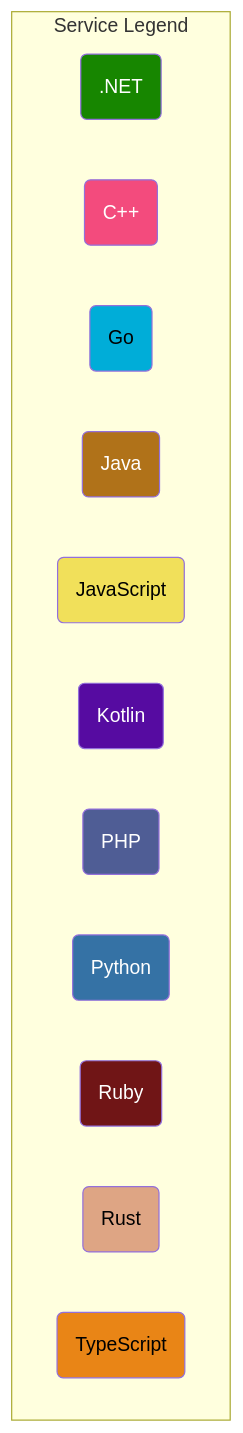
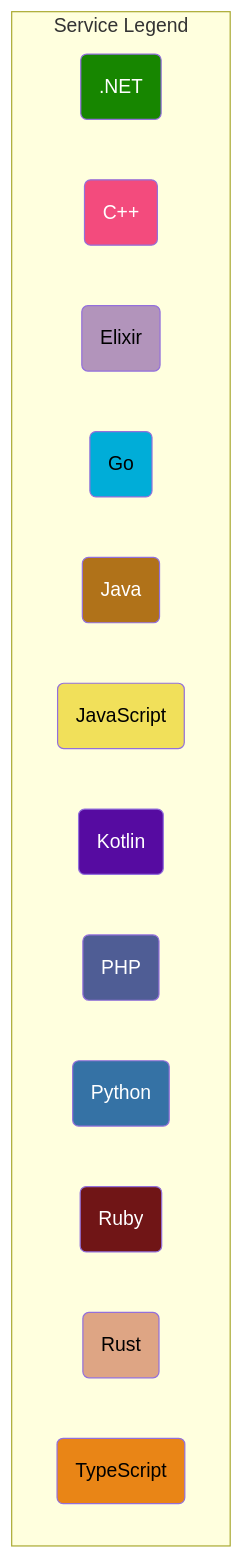
One commit to open-telemetry/opentelemetry.io changed the second of 3 diagrams in content/en/docs/demo/architecture.md. Above: the diagram before and after it, drawn with Mermaid. The commit also changed other lines of this file and 2 other files, not shown here.

Commit message:
docs: mention flagd-ui in architecture diagram, fix language

````diff
--- a/content/en/docs/demo/architecture.md
+++ b/content/en/docs/demo/architecture.md
@@ -94,28 +95,30 @@
 ```mermaid
 graph TD
 subgraph Service Legend
   dotnetsvc(.NET):::dotnet
   cppsvc(C++):::cpp
+  elixirsvc(Elixir):::elixir
   golangsvc(Go):::golang
   javasvc(Java):::java
   javascriptsvc(JavaScript):::javascript
   kotlinsvc(Kotlin):::kotlin
   phpsvc(PHP):::php
   pythonsvc(Python):::python
   rubysvc(Ruby):::ruby
   rustsvc(Rust):::rust
   typescriptsvc(TypeScript):::typescript
 end
 
 classDef dotnet fill:#178600,color:white;
 classDef cpp fill:#f34b7d,color:white;
+classDef elixir fill:#b294bb,color:black;
 classDef golang fill:#00add8,color:black;
 classDef java fill:#b07219,color:white;
 classDef javascript fill:#f1e05a,color:black;
 classDef kotlin fill:#560ba1,color:white;
 classDef php fill:#4f5d95,color:white;
 classDef python fill:#3572A5,color:white;
 classDef ruby fill:#701516,color:white;
 classDef rust fill:#dea584,color:black;
 classDef typescript fill:#e98516,color:black;
 ```
````
